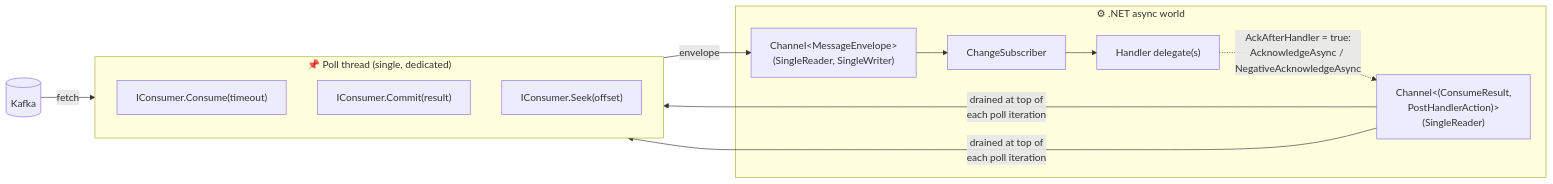
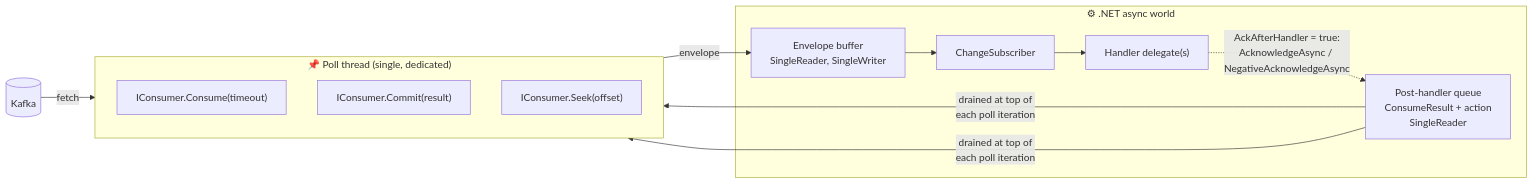
The second of 5 diagrams in src/RayTree.Plugins.Kafka/README.md (bitc0der/RayTree), drawn with Mermaid before and after one commit. The commit also changed other lines of this file and 1 other file, not shown here.

Commit message:
Fix diagrams

````diff
--- a/src/RayTree.Plugins.Kafka/README.md
+++ b/src/RayTree.Plugins.Kafka/README.md
@@ -166,24 +166,24 @@
 ```mermaid
 flowchart LR
     Broker[(Kafka)]
     subgraph PollThread["📌 Poll thread (single, dedicated)"]
         direction TB
         Consume["IConsumer.Consume(timeout)"]
         Commit["IConsumer.Commit(result)"]
         Seek["IConsumer.Seek(offset)"]
     end
 
     subgraph DotNet["⚙ .NET async world"]
-        Buf["Channel&lt;MessageEnvelope&gt;<br/>(SingleReader, SingleWriter)"]
-        PostCh["Channel&lt;(ConsumeResult,<br/>PostHandlerAction)&gt;<br/>(SingleReader)"]
+        Buf["Envelope buffer<br/>SingleReader, SingleWriter"]
+        PostCh["Post-handler queue<br/>ConsumeResult + action<br/>SingleReader"]
         Sub["ChangeSubscriber"]
         Handlers["Handler delegate(s)"]
     end
 
     Broker -->|"fetch"| Consume
     Consume -->|"envelope"| Buf
     Buf --> Sub --> Handlers
     Handlers -.->|"AckAfterHandler = true:<br/>AcknowledgeAsync / NegativeAcknowledgeAsync"| PostCh
     PostCh -->|"drained at top of<br/>each poll iteration"| Commit
     PostCh -->|"drained at top of<br/>each poll iteration"| Seek
 ```
````
